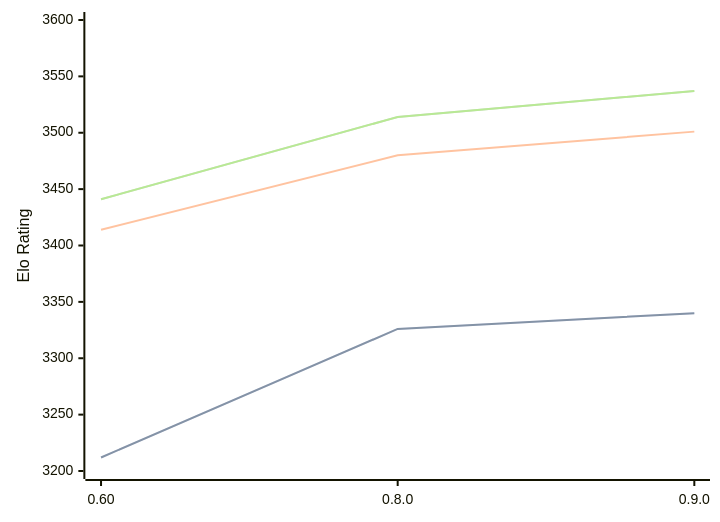
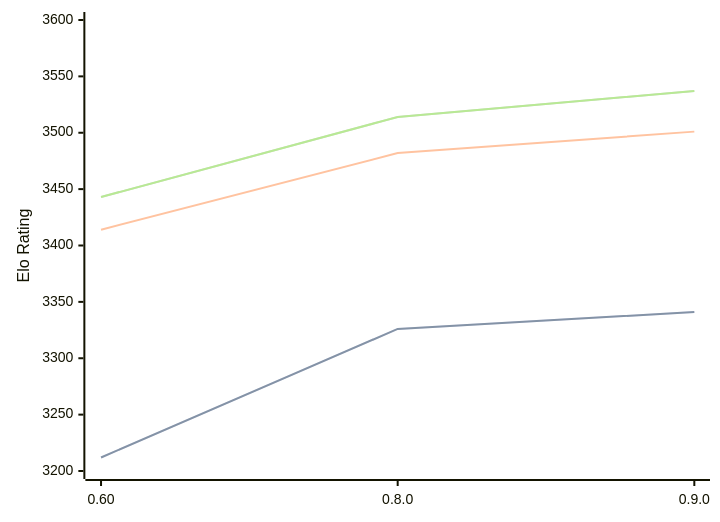
One commit to computer-chess-index/cci changed the diagram in engines/Motor.md. Above: the diagram before and after it, drawn with Mermaid. The commit also changed other lines of this file, not shown here.

Commit message:
Update CCI Ratings (ELO VLTC) - 2026-09-08

````diff
--- a/engines/Motor.md
+++ b/engines/Motor.md
@@ -33,11 +33,11 @@
 ```mermaid
 %%{init: {"theme":"base","themeVariables":{"seriesColors:['#a3a3a3','#222221','#faa371']}}}%%
 xychart-beta
   x-axis ["0.60", "0.8.0", "0.9.0"]
   y-axis "Elo Rating" 3200 --> 3600
-  line "" [3212, 3326, 3340]
-  line "STC (8.0+0.08s)" [3212, 3326, 3340]
-  line "LTC (60.0+0.60s)" [3414, 3480, 3501]
-  line "" [3441, 3514, 3537]
-  line "VLTC (2m24s+1.12s)" [3441, 3514, 3537]
+  line "" [3212, 3326, 3341]
+  line "STC (8.0+0.08s)" [3212, 3326, 3341]
+  line "LTC (60.0+0.60s)" [3414, 3482, 3501]
+  line "" [3443, 3514, 3537]
+  line "VLTC (2m24s+1.12s)" [3443, 3514, 3537]
 ```
````
